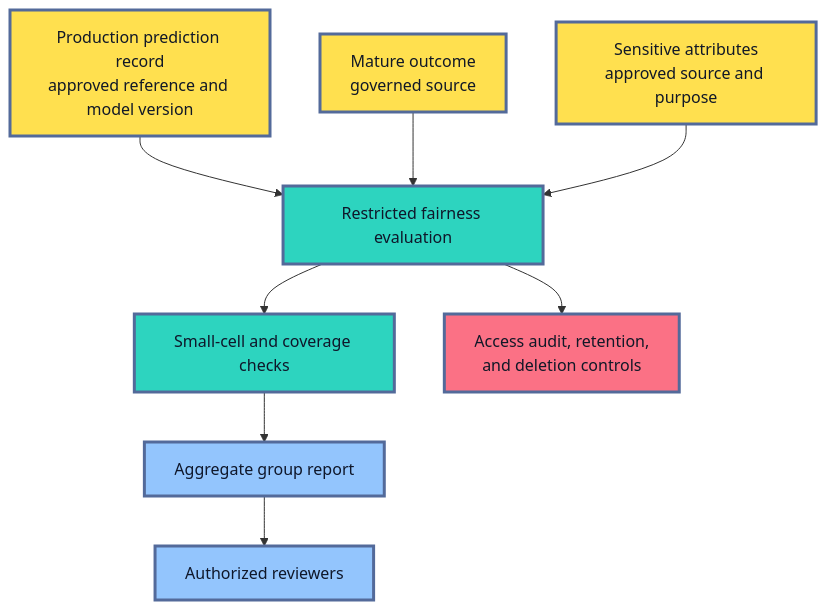
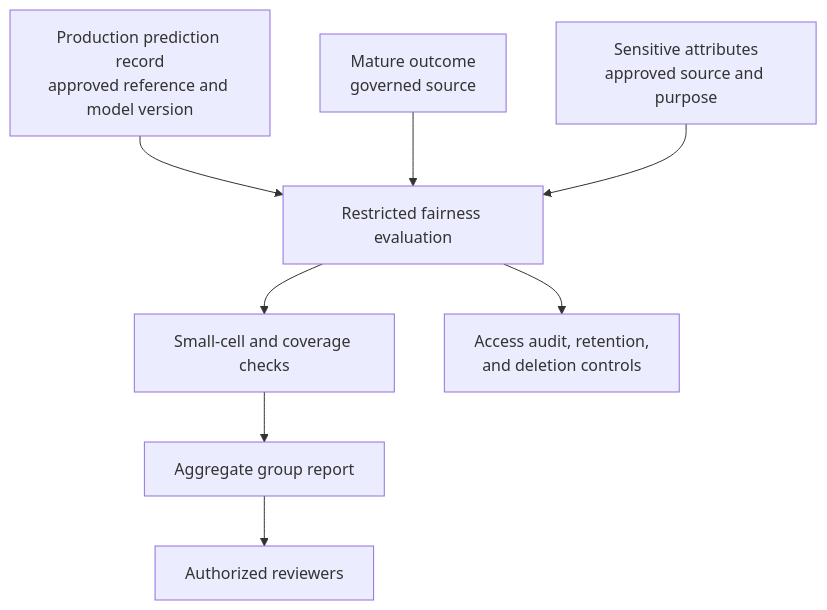
Before and after one commit to senlinyy/dev-roadmaps: diagram 12 of 14 in roadmaps/mlops/modules/model-evaluation/production-readiness/02-bias-fairness-responsible-evaluation.md, drawn with Mermaid. The commit also changed other lines of this file and 152 other files, not shown here.

Commit message:
feat: mlops and diagrams updated

````diff
--- a/roadmaps/mlops/modules/model-evaluation/production-readiness/02-bias-fairness-responsible-evaluation.md
+++ b/roadmaps/mlops/modules/model-evaluation/production-readiness/02-bias-fairness-responsible-evaluation.md
@@ -877,19 +840,15 @@
 ```mermaid
 flowchart TD
     A["Production prediction record<br/>approved reference and model version"] --> D["Restricted fairness evaluation"]
     B["Mature outcome<br/>governed source"] --> D
     C["Sensitive attributes<br/>approved source and purpose"] --> D
     D --> E["Small-cell and coverage checks"]
     E --> F["Aggregate group report"]
     F --> G["Authorized reviewers"]
     D --> H["Access audit, retention,<br/>and deletion controls"]
 
-    classDef source fill:#FFE04F,stroke:#536A9A,stroke-width:3px,color:#111827
-    classDef restricted fill:#2DD4BF,stroke:#536A9A,stroke-width:3px,color:#0F172A
-    classDef output fill:#93C5FD,stroke:#536A9A,stroke-width:3px,color:#0F172A
-    classDef control fill:#FB7185,stroke:#536A9A,stroke-width:3px,color:#111827
     class A,B,C source
     class D,E restricted
     class F,G output
     class H control
 ```
````
